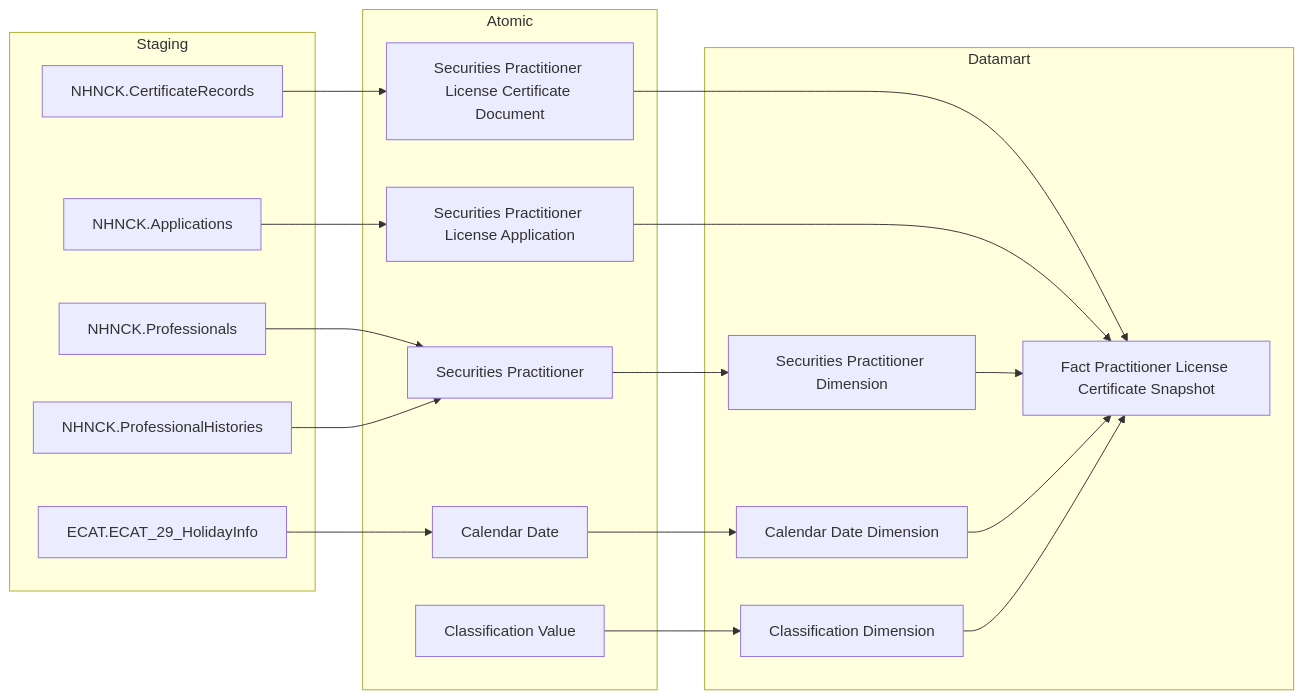
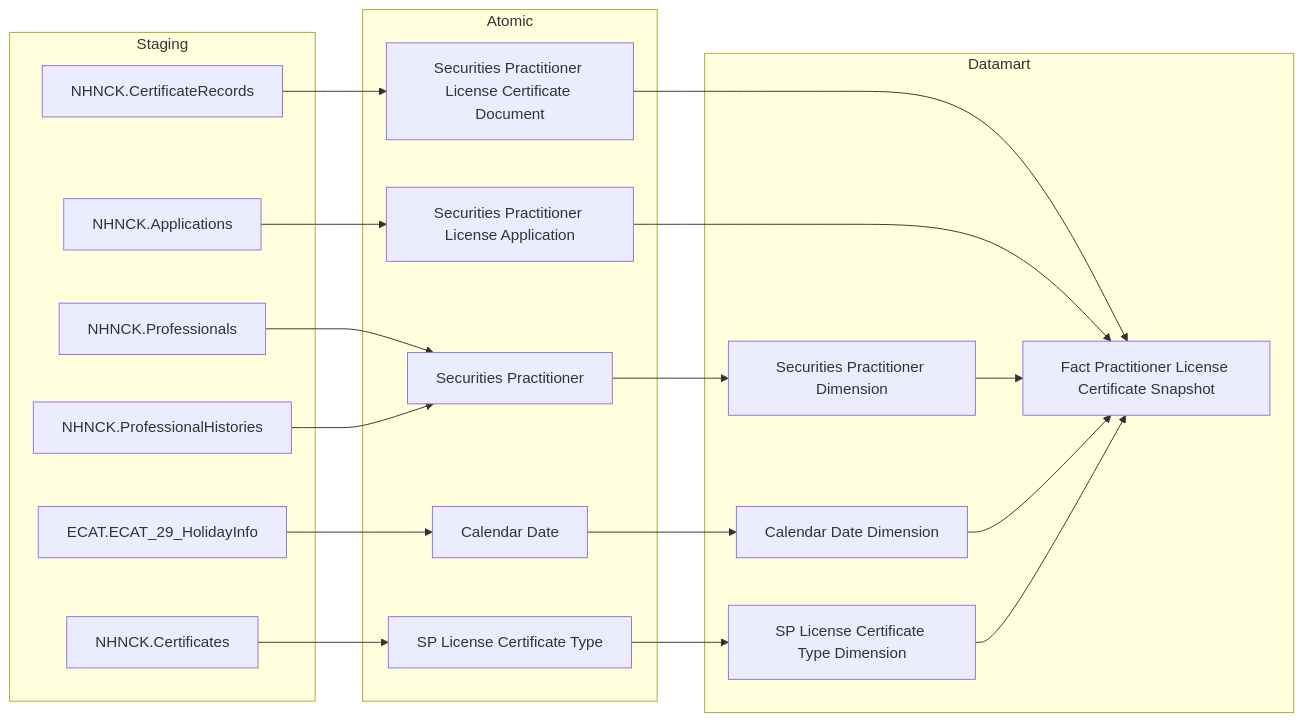
The first of 40 diagrams in Datamart/hld/DTM_NHNCK_HLD.md (linhlvit/ubck_atomic_design), drawn with Mermaid before and after one commit. The commit also changed other lines of this file and 27 other files, not shown here.

````diff
--- a/Datamart/hld/DTM_NHNCK_HLD.md
+++ b/Datamart/hld/DTM_NHNCK_HLD.md
@@ -15,41 +15,43 @@
 ```mermaid
 flowchart LR
     subgraph SRC["Staging"]
         NHNCK_CertificateRecords["NHNCK.CertificateRecords"]
         NHNCK_Applications["NHNCK.Applications"]
         NHNCK_Professionals["NHNCK.Professionals"]
         NHNCK_ProfessionalHistories["NHNCK.ProfessionalHistories"]
+        NHNCK_Certificates["NHNCK.Certificates"]
         ECAT_ECAT_29_HolidayInfo["ECAT.ECAT_29_HolidayInfo"]
     end
 
     subgraph SIL["Atomic"]
         Securities_Practitioner_License_Certificate_Document["Securities Practitioner License Certificate Document"]
         Securities_Practitioner_License_Application["Securities Practitioner License Application"]
         Securities_Practitioner["Securities Practitioner"]
         Calendar_Date["Calendar Date"]
-        Classification_Value["Classification Value"]
+        SP_License_Certificate_Type["SP License Certificate Type"]
     end
 
     subgraph GOLD["Datamart"]
         fct_practitioner_license_certificate_snpst["Fact Practitioner License Certificate Snapshot"]
         securities_practitioner_dim["Securities Practitioner Dimension"]
         cdr_dt_dim["Calendar Date Dimension"]
-        cl_dim["Classification Dimension"]
+        sp_license_certificate_type_dim["SP License Certificate Type Dimension"]
     end
 
     NHNCK_CertificateRecords --> Securities_Practitioner_License_Certificate_Document
     NHNCK_Applications --> Securities_Practitioner_License_Application
     NHNCK_Professionals --> Securities_Practitioner
     NHNCK_ProfessionalHistories --> Securities_Practitioner
+    NHNCK_Certificates --> SP_License_Certificate_Type
     ECAT_ECAT_29_HolidayInfo --> Calendar_Date
 
     Securities_Practitioner_License_Certificate_Document --> fct_practitioner_license_certificate_snpst
     Securities_Practitioner_License_Application --> fct_practitioner_license_certificate_snpst
     Securities_Practitioner --> securities_practitioner_dim
     Calendar_Date --> cdr_dt_dim
-    Classification_Value --> cl_dim
+    SP_License_Certificate_Type --> sp_license_certificate_type_dim
 
     securities_practitioner_dim --> fct_practitioner_license_certificate_snpst
     cdr_dt_dim --> fct_practitioner_license_certificate_snpst
-    cl_dim --> fct_practitioner_license_certificate_snpst
+    sp_license_certificate_type_dim --> fct_practitioner_license_certificate_snpst
 ```
````
